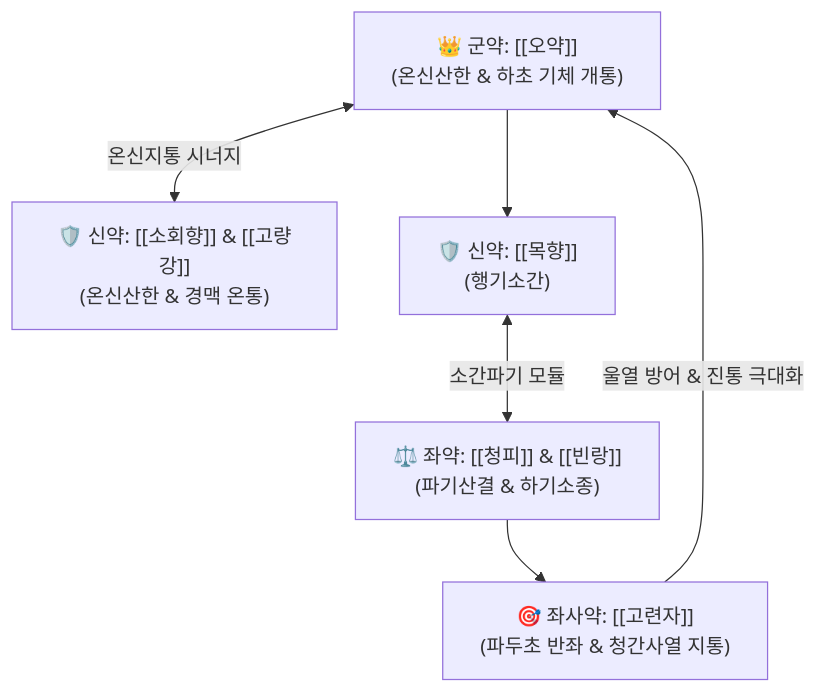
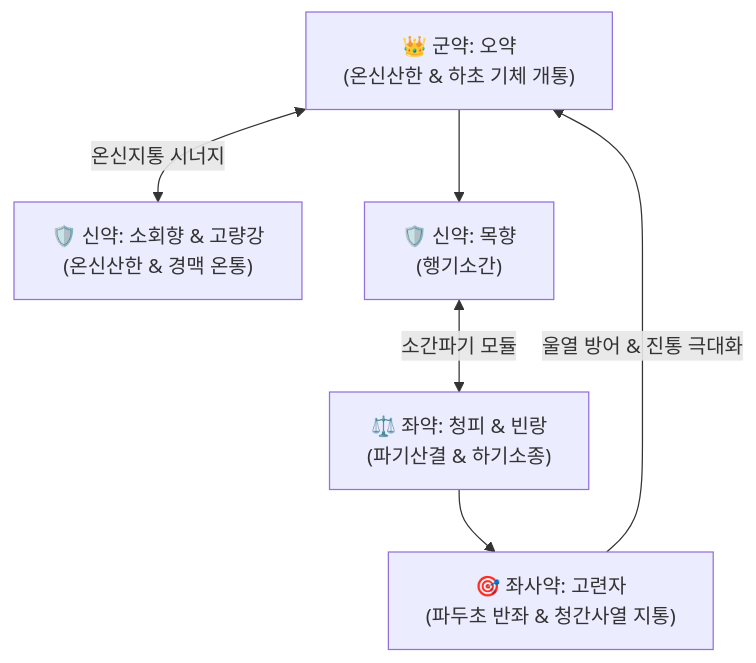
One commit to simbio11/simbio-digital-garden2 changed the diagram in content/2. 약리 공부/처방/04_이기·화해제/천태오약산.md. Above: the diagram before and after it, drawn with Mermaid. The commit also changed other lines of this file and 122 other files, not shown here.

````diff
--- a/content/2. 약리 공부/처방/04_이기·화해제/천태오약산.md
+++ b/content/2. 약리 공부/처방/04_이기·화해제/천태오약산.md
@@ -63,8 +65,8 @@
 ```mermaid
 graph TD
-    OY["👑 군약: [[오약]]<br>(온신산한 & 하초 기체 개통)"] <-->|온신지통 시너지| SH["🛡️ 신약: [[소회향]] & [[고량강]]<br>(온신산한 & 경맥 온통)"]
-    MH["🛡️ 신약: [[목향]]<br>(행기소간)"] <-->|소간파기 모듈| QP["⚖️ 좌약: [[청피]] & [[빈랑]]<br>(파기산결 & 하기소종)"]
+    OY["👑 군약: 오약<br>(온신산한 & 하초 기체 개통)"] <-->|온신지통 시너지| SH["🛡️ 신약: 소회향 & 고량강<br>(온신산한 & 경맥 온통)"]
+    MH["🛡️ 신약: 목향<br>(행기소간)"] <-->|소간파기 모듈| QP["⚖️ 좌약: 청피 & 빈랑<br>(파기산결 & 하기소종)"]
     OY --> MH
-    GLZ["🎯 좌사약: [[고련자]]<br>(파두초 반좌 & 청간사열 지통)"] -->|울열 방어 & 진통 극대화| OY
+    GLZ["🎯 좌사약: 고련자<br>(파두초 반좌 & 청간사열 지통)"] -->|울열 방어 & 진통 극대화| OY
     QP --> GLZ
 ```
````
